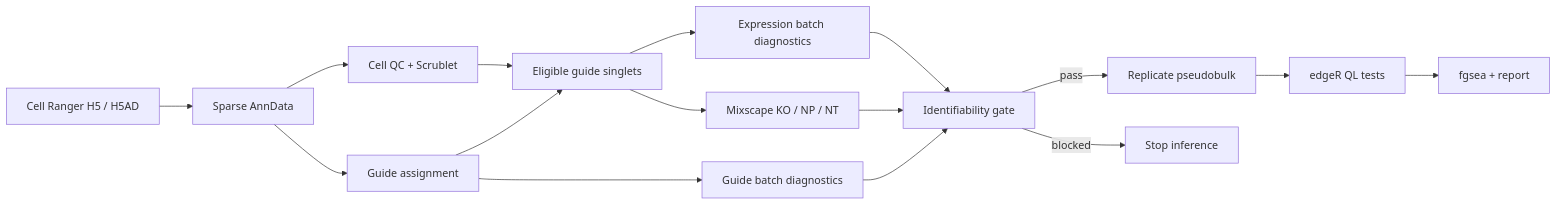
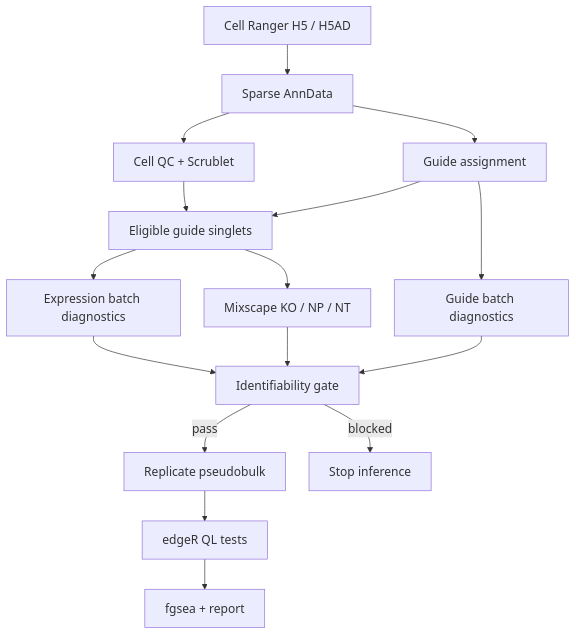
One commit to mccwen/perturbseq-pipeline changed the diagram in README.md. Above: the diagram before and after it, drawn with Mermaid. The commit also changed other lines of this file, not shown here.

Commit message:
Improve README workflow diagram and input guidance

````diff
--- a/README.md
+++ b/README.md
@@ -7,18 +7,19 @@
 ```mermaid
-flowchart LR
+%%{init: {"themeVariables": {"fontSize": "18px"}, "flowchart": {"nodeSpacing": 35, "rankSpacing": 45}}}%%
+flowchart TB
   A["Cell Ranger H5 / H5AD"] --> B["Sparse AnnData"]
   B --> C["Cell QC + Scrublet"]
   B --> D["Guide assignment"]
   C --> E["Eligible guide singlets"]
   D --> E
   D --> F["Guide batch diagnostics"]
   E --> G["Expression batch diagnostics"]
   E --> H["Mixscape KO / NP / NT"]
   F --> I["Identifiability gate"]
   G --> I
   H --> I
   I -->|pass| J["Replicate pseudobulk"]
   I -->|blocked| X["Stop inference"]
   J --> K["edgeR QL tests"]
   K --> L["fgsea + report"]
 ```
````
